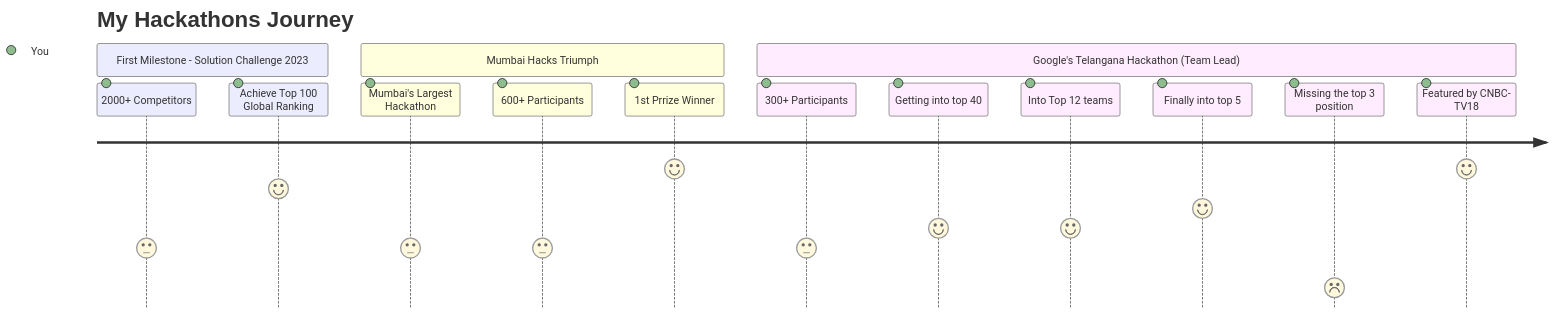
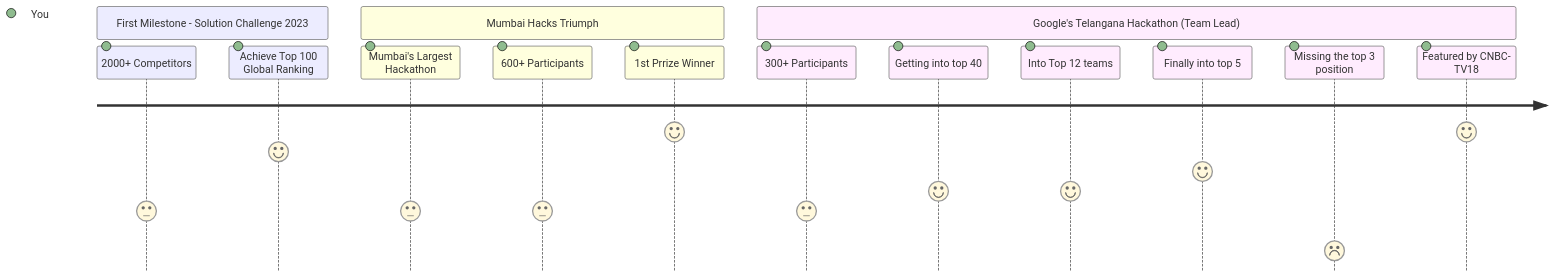
Before and after one commit to thekaailashsharma/thekaailashsharma: the second of 3 diagrams in README.md, drawn with Mermaid. The commit also changed other lines of this file, not shown here.

````diff
--- a/README.md
+++ b/README.md
@@ -24,19 +43,17 @@
 ```mermaid
   journey
-title My Hackathons Journey
-
     section First Milestone - Solution Challenge 2023
       2000+ Competitors: 3: You
       Achieve Top 100 Global Ranking: 6: You
     section Mumbai Hacks Triumph
       Mumbai's Largest Hackathon: 3: You
       600+ Participants: 3: You
       1st Prrize Winner: 7: You
  section Google's Telangana Hackathon (Team Lead)
       300+ Participants: 3: You
       Getting into top 40: 4: You
       Into Top 12 teams: 4: You
       Finally into top 5: 5: You
       Missing the top 3 position: 1: You
       Featured by CNBC-TV18: 7: You
 ```
````
